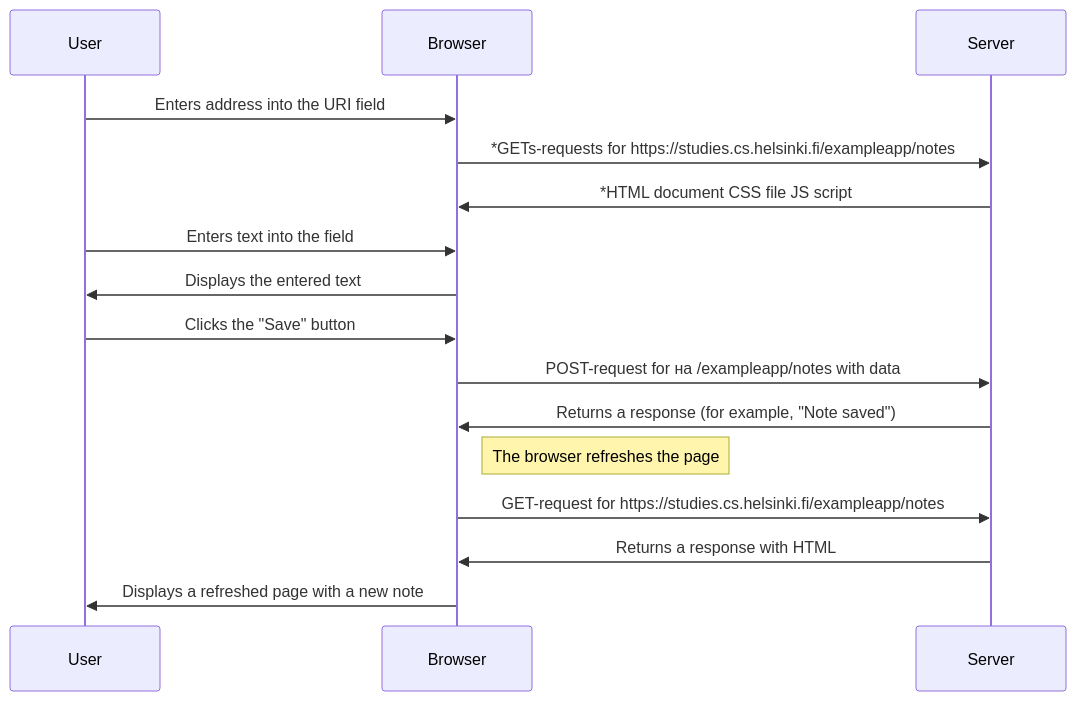
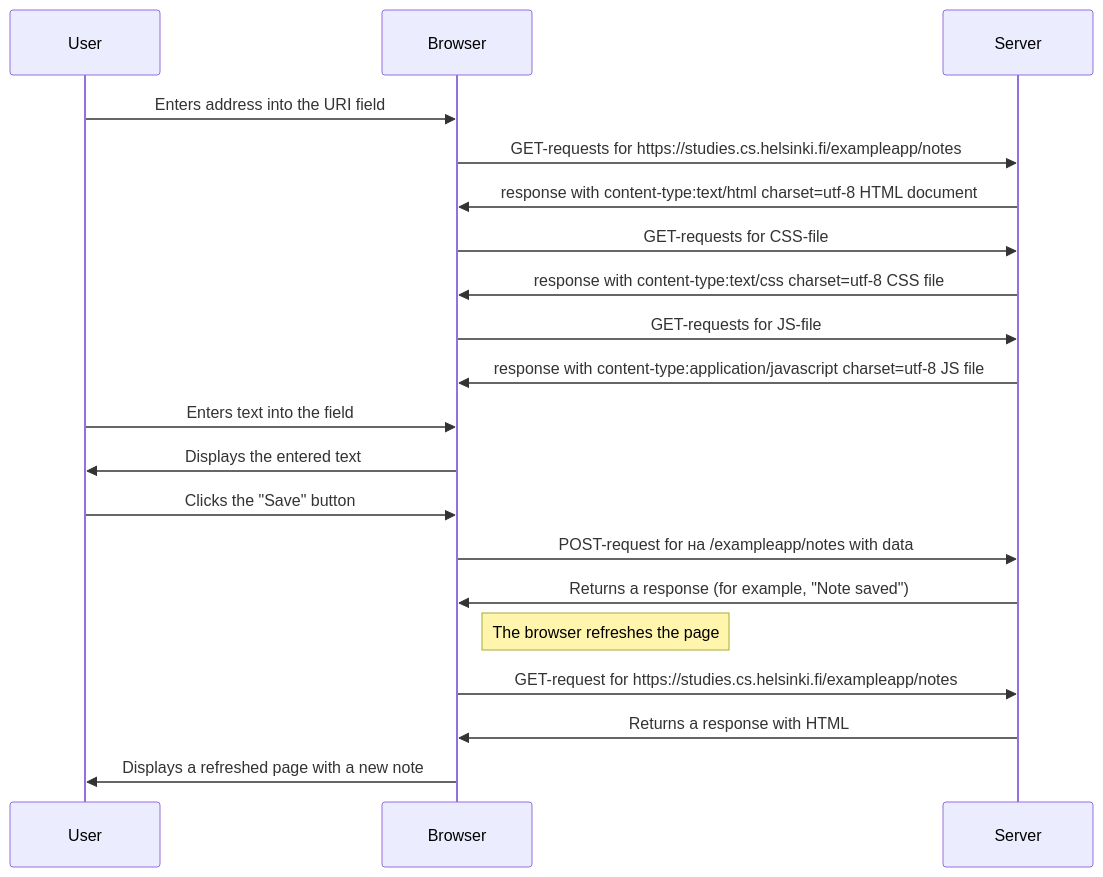
One commit to iFrodo/fullstackopen changed the diagram in README.md. Above: the diagram before and after it, drawn with Mermaid.

````diff
--- a/README.md
+++ b/README.md
@@ -1,25 +1,31 @@
 ``` mermaid
 sequenceDiagram
     participant User
     participant Browser
     participant Server
 
     User->>Browser: Enters address into the URI field
 
-    Browser->>Server: *GETs-requests for https://studies.cs.helsinki.fi/exampleapp/notes
-    Server->>Browser: *HTML document CSS file JS script 
+    Browser->>Server: GET-requests for https://studies.cs.helsinki.fi/exampleapp/notes
+    Server->>Browser: response  with content-type:text/html charset=utf-8 HTML document 
+
+    Browser->>Server: GET-requests for CSS-file
+    Server->>Browser: response with content-type:text/css charset=utf-8 CSS file
+
+    Browser->>Server: GET-requests for JS-file
+    Server->>Browser: response with content-type:application/javascript charset=utf-8 JS file
 
     User->>Browser: Enters text into the field
     Browser->>User: Displays the entered text
 
     User->>Browser: Clicks the "Save" button
     Browser->>Server: POST-request for на /exampleapp/notes with data
     Server->>Browser: Returns a response (for example, "Note saved")
 
     Note right of Browser: The browser refreshes the page
     Browser->>Server: GET-request for https://studies.cs.helsinki.fi/exampleapp/notes
     Server->>Browser: Returns a response with HTML
     Browser->>User: Displays a refreshed page with a new note
 
 
 ```
````
